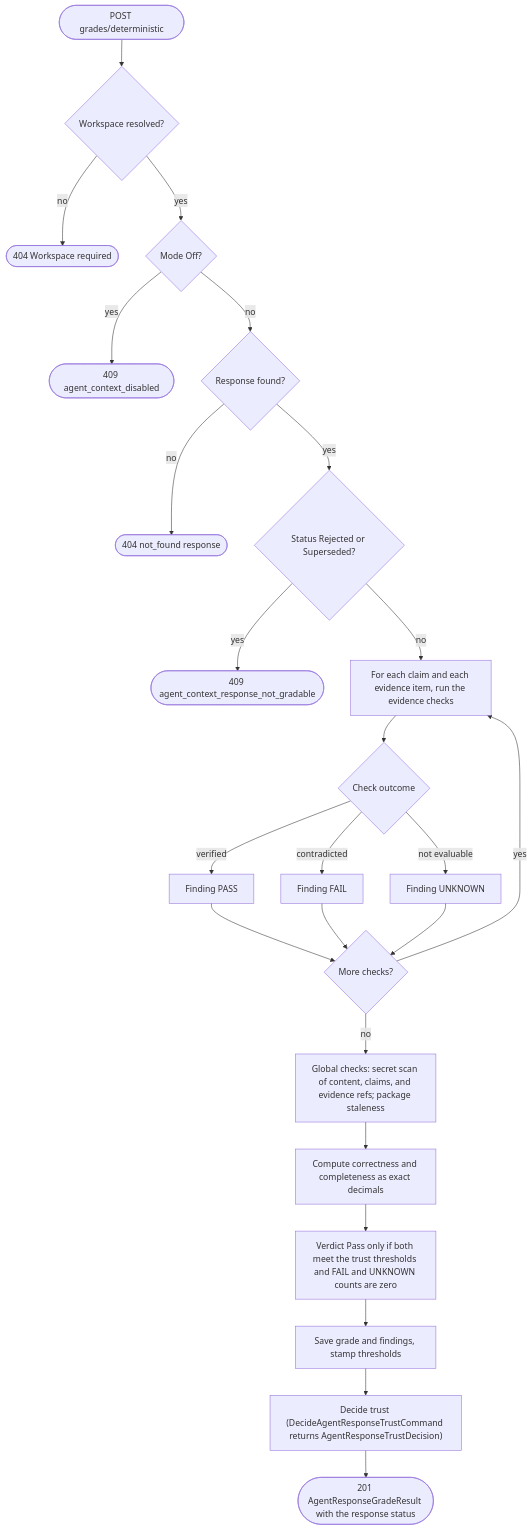
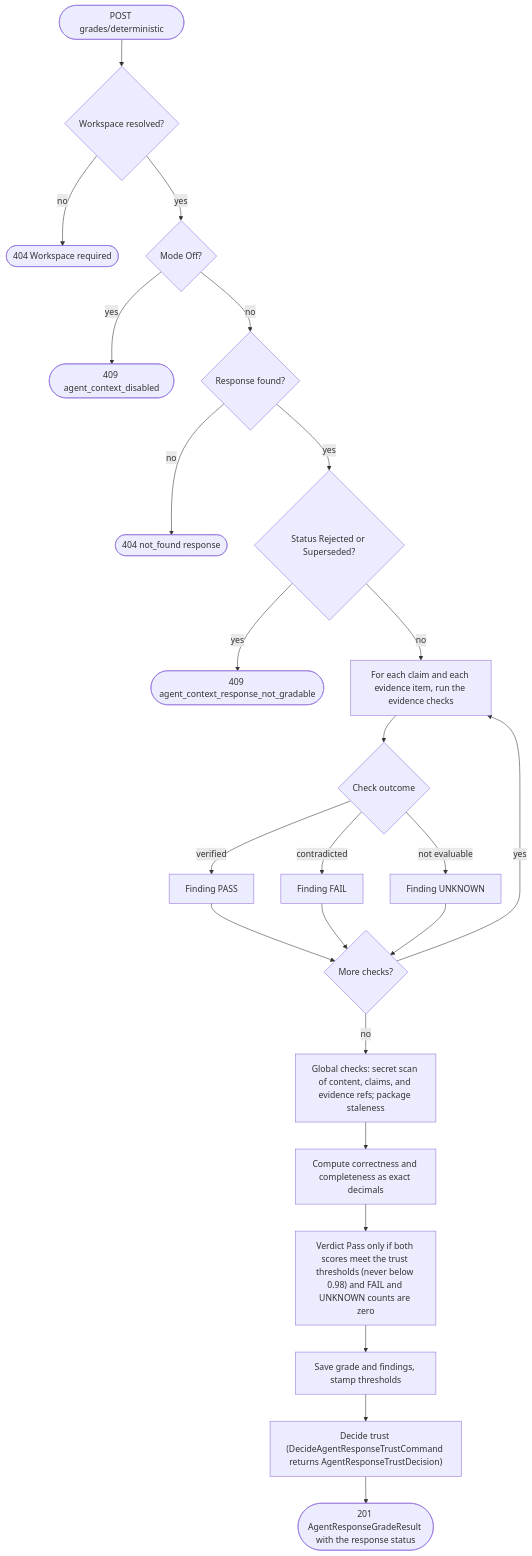
Before and after one commit to sharpninja/McpServer: diagram 11 of 59 in docs/Stateless-Agent-Context-Management.md, drawn with Mermaid. The commit also changed other lines of this file and 2 other files, not shown here.

````diff
--- a/docs/Stateless-Agent-Context-Management.md
+++ b/docs/Stateless-Agent-Context-Management.md
@@ -505,26 +512,26 @@
 ```mermaid
 flowchart TD
     S(["POST grades/deterministic"]) --> W{"Workspace resolved?"}
     W -->|no| E0(["404 Workspace required"])
     W -->|yes| MO{"Mode Off?"}
     MO -->|yes| E1(["409 agent_context_disabled"])
     MO -->|no| F{"Response found?"}
     F -->|no| E2(["404 not_found response"])
     F -->|yes| GS{"Status Rejected or Superseded?"}
     GS -->|yes| E3(["409 agent_context_response_not_gradable"])
     GS -->|no| CL["For each claim and each evidence item, run the evidence checks"]
     CL --> CK{"Check outcome"}
     CK -->|verified| PF["Finding PASS"]
     CK -->|contradicted| FF["Finding FAIL"]
     CK -->|not evaluable| UF["Finding UNKNOWN"]
     PF --> NX{"More checks?"}
     FF --> NX
     UF --> NX
     NX -->|yes| CL
     NX -->|no| GL["Global checks: secret scan of content, claims, and evidence refs; package staleness"]
     GL --> SC["Compute correctness and completeness as exact decimals"]
-    SC --> VD["Verdict Pass only if both meet the trust thresholds and FAIL and UNKNOWN counts are zero"]
+    SC --> VD["Verdict Pass only if both scores meet the trust thresholds (never below 0.98) and FAIL and UNKNOWN counts are zero"]
     VD --> SV["Save grade and findings, stamp thresholds"]
     SV --> TR["Decide trust (DecideAgentResponseTrustCommand returns AgentResponseTrustDecision)"]
     TR --> R(["201 AgentResponseGradeResult with the response status"])
 ```
````
